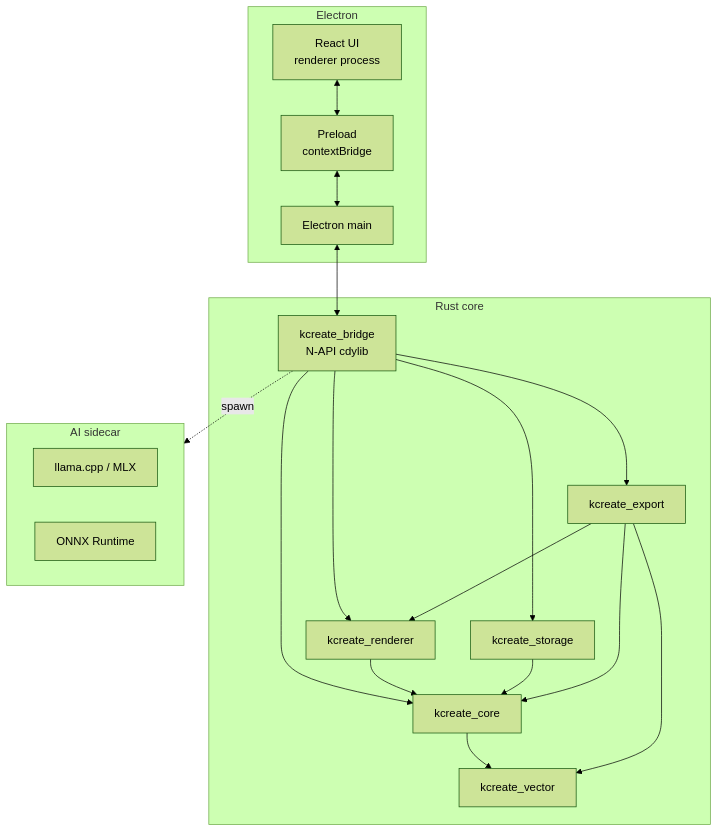
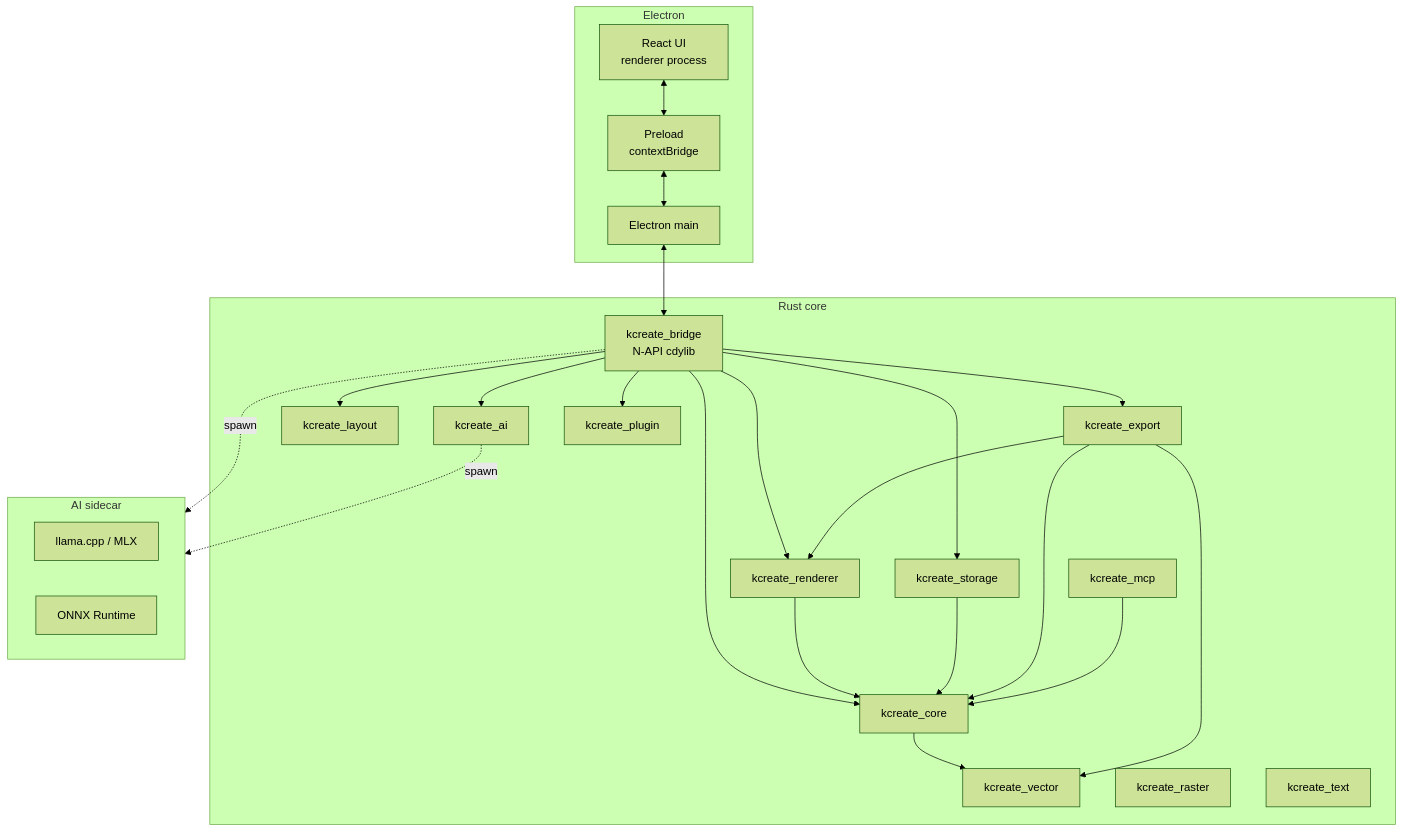
One commit to kennguy3n/KCreate changed the diagram in ARCHITECTURE.md. Above: the diagram before and after it, drawn with Mermaid (forest theme). The commit also changed other lines of this file and 4 other files, not shown here.

````diff
--- a/ARCHITECTURE.md
+++ b/ARCHITECTURE.md
@@ -12,37 +12,48 @@
 ```mermaid
 flowchart TB
     subgraph electron[Electron]
         renderer[React UI<br/>renderer process]
         preload[Preload<br/>contextBridge]
         main[Electron main]
     end
 
     subgraph rust[Rust core]
         bridge[kcreate_bridge<br/>N-API cdylib]
         core[kcreate_core]
         renderer_rs[kcreate_renderer]
         storage[kcreate_storage]
         vector[kcreate_vector]
         export[kcreate_export]
+        raster[kcreate_raster]
+        text[kcreate_text]
+        layout_rs[kcreate_layout]
+        ai_rs[kcreate_ai]
+        mcp_rs[kcreate_mcp]
+        plugin[kcreate_plugin]
     end
 
     subgraph ai[AI sidecar]
         llama[llama.cpp / MLX]
         onnx[ONNX Runtime]
     end
 
     renderer <--> preload
     preload <--> main
     main <--> bridge
     bridge --> core
     bridge --> renderer_rs
     bridge --> storage
     bridge --> export
+    bridge --> ai_rs
+    bridge --> layout_rs
+    bridge --> plugin
     core --> vector
     renderer_rs --> core
     storage --> core
     export --> core
     export --> renderer_rs
     export --> vector
+    mcp_rs --> core
     bridge -. spawn .-> ai
+    ai_rs -. spawn .-> ai
 ```
````
